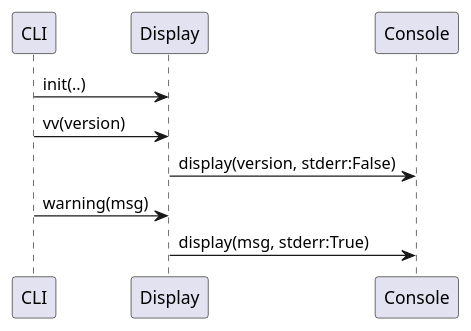
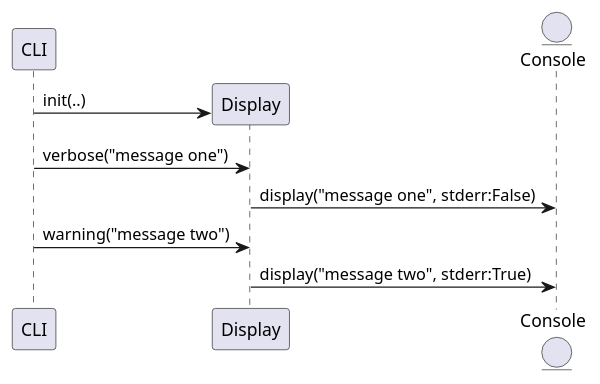
Before and after one commit to ezequiels/nazz: the diagram in project/uml/CLI_Configuration/Display.puml, drawn with PlantUML.

Commit message:
Additional diagrams

```diff
--- a/project/uml/CLI_Configuration/Display.puml
+++ b/project/uml/CLI_Configuration/Display.puml
@@ -1,7 +1,11 @@
 @startuml
+
+participant CLI
+create Display
 CLI -> Display: init(..)
-CLI -> Display: vv(version)
-Display -> Console: display(version, stderr:False)
-CLI -> Display: warning(msg)
-Display -> Console: display(msg, stderr:True)
+CLI -> Display: verbose("message one")
+entity Console
+Display -> Console: display("message one", stderr:False)
+CLI -> Display: warning("message two")
+Display -> Console: display("message two", stderr:True)
 @enduml
```
